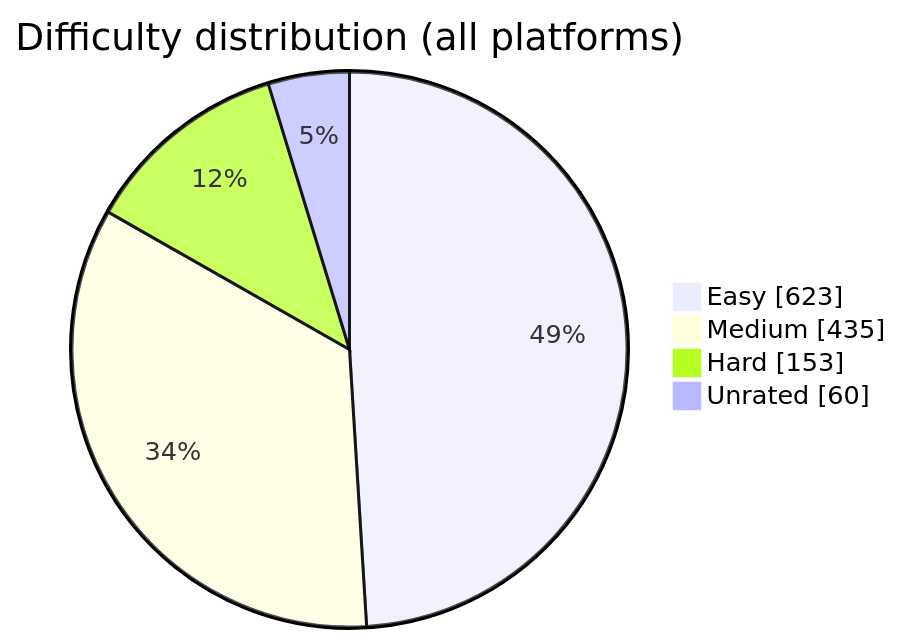
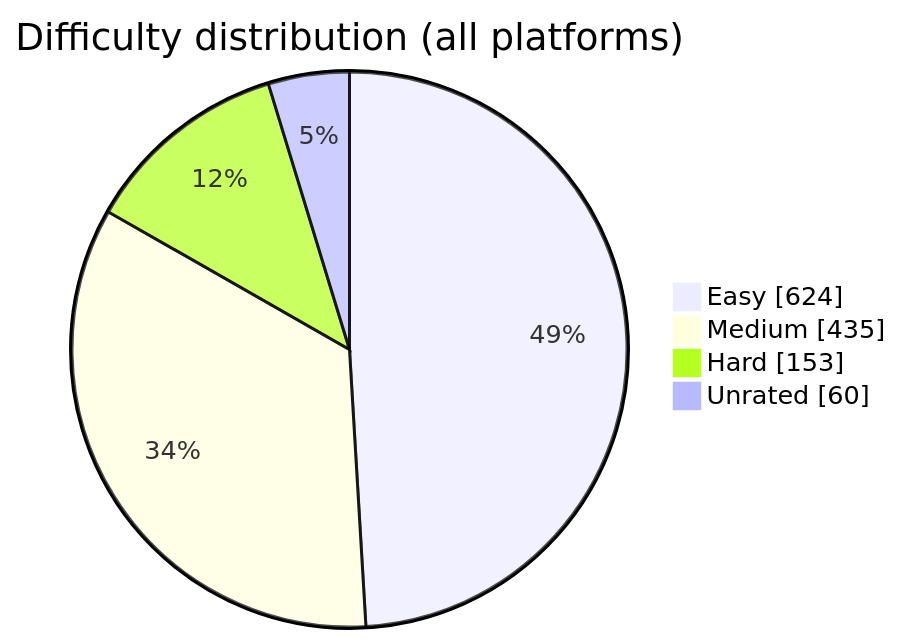
The diagram in README.md (BuildbyArindam/Daily-Coding-Log), drawn with Mermaid before and after one commit. The commit also changed other lines of this file, not shown here.

````diff
--- a/README.md
+++ b/README.md
@@ -93,7 +93,7 @@
 ```mermaid
 pie showData title Difficulty distribution (all platforms)
-    "Easy" : 623
+    "Easy" : 624
     "Medium" : 435
     "Hard" : 153
     "Unrated" : 60
 ```
````
